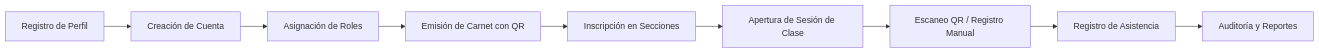
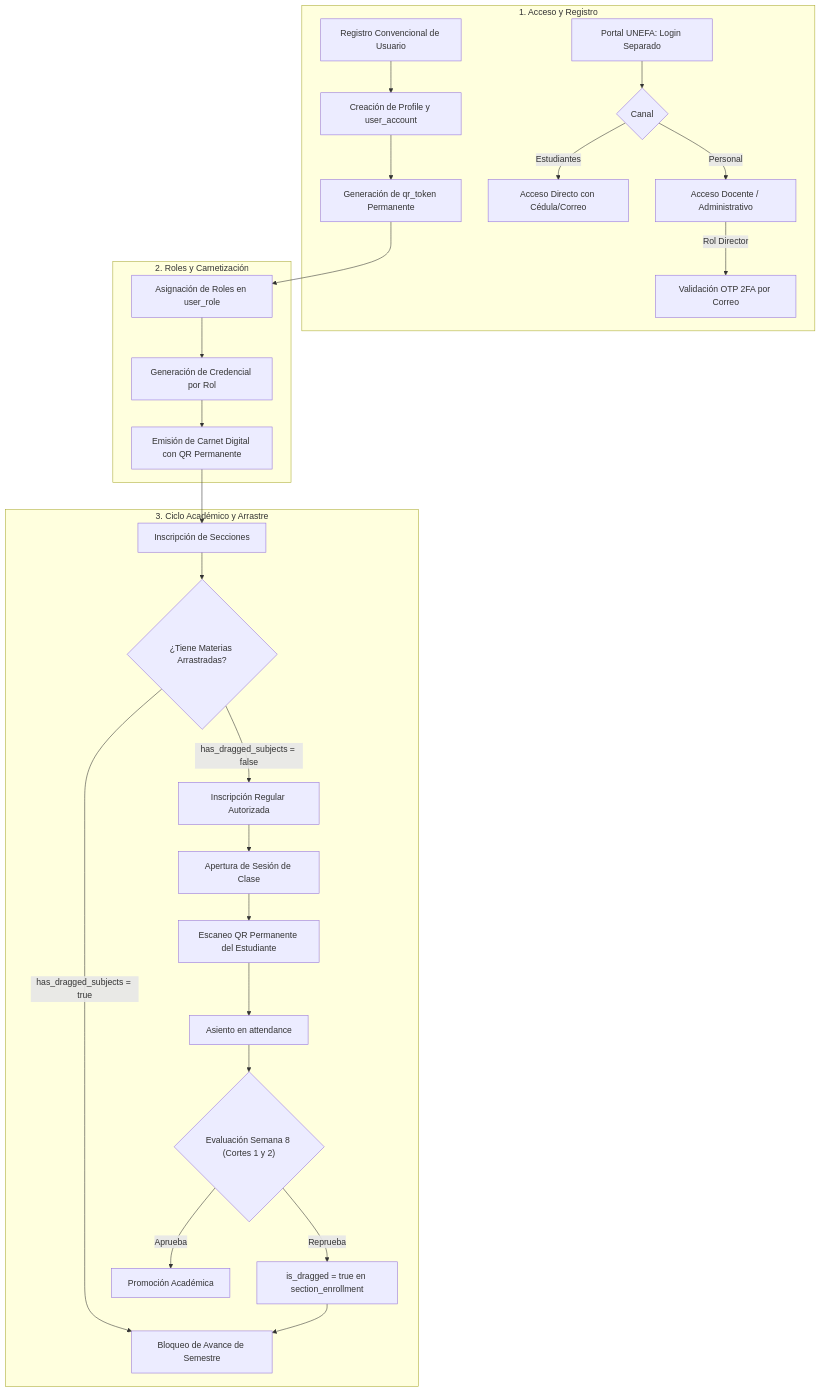
Before and after one commit to adrianjesus1209-beep/UNEFA-Asistencias-Carnets: the second of 2 diagrams in Docs/Base de datos/documentacion-base-de-datos.md, drawn with Mermaid. The commit also changed other lines of this file, not shown here.

````diff
--- a/Docs/Base de datos/documentacion-base-de-datos.md
+++ b/Docs/Base de datos/documentacion-base-de-datos.md
@@ -597,11 +681,31 @@
 ```mermaid
-flowchart LR
-    A["Registro de Perfil"] --> B["Creación de Cuenta"]
-    B --> C["Asignación de Roles"]
-    C --> D["Emisión de Carnet con QR"]
-    D --> E["Inscripción en Secciones"]
-    E --> F["Apertura de Sesión de Clase"]
-    F --> G["Escaneo QR / Registro Manual"]
-    G --> H["Registro de Asistencia"]
-    H --> I["Auditoría y Reportes"]
+flowchart TD
+    subgraph Acesso ["1. Acceso y Registro"]
+        R1["Registro Convencional de Usuario"] --> R2["Creación de Profile y user_account"]
+        R2 --> R3["Generación de qr_token Permanente"]
+        L1["Portal UNEFA: Login Separado"] --> L2{"Canal"}
+        L2 -->|Estudiantes| L3["Acceso Directo con Cédula/Correo"]
+        L2 -->|Personal| L4["Acceso Docente / Administrativo"]
+        L4 -->|Rol Director| L5["Validación OTP 2FA por Correo"]
+    end
+
+    subgraph Carnetizacion ["2. Roles y Carnetización"]
+        R3 --> C1["Asignación de Roles en user_role"]
+        C1 --> C2["Generación de Credencial por Rol"]
+        C2 --> C3["Emisión de Carnet Digital con QR Permanente"]
+    end
+
+    subgraph ControlAcademico ["3. Ciclo Académico y Arrastre"]
+        C3 --> I1["Inscripción de Secciones"]
+        I1 --> V1{"¿Tiene Materias Arrastradas?"}
+        V1 -->|has_dragged_subjects = true| BL["Bloqueo de Avance de Semestre"]
+        V1 -->|has_dragged_subjects = false| OK["Inscripción Regular Autorizada"]
+        OK --> S1["Apertura de Sesión de Clase"]
+        S1 --> S2["Escaneo QR Permanente del Estudiante"]
+        S2 --> S3["Asiento en attendance"]
+        S3 --> E1{"Evaluación Semana 8 (Cortes 1 y 2)"}
+        E1 -->|Reprueba| FL["is_dragged = true en section_enrollment"]
+        FL --> BL
+        E1 -->|Aprueba| AP["Promoción Académica"]
+    end
 ```
````
